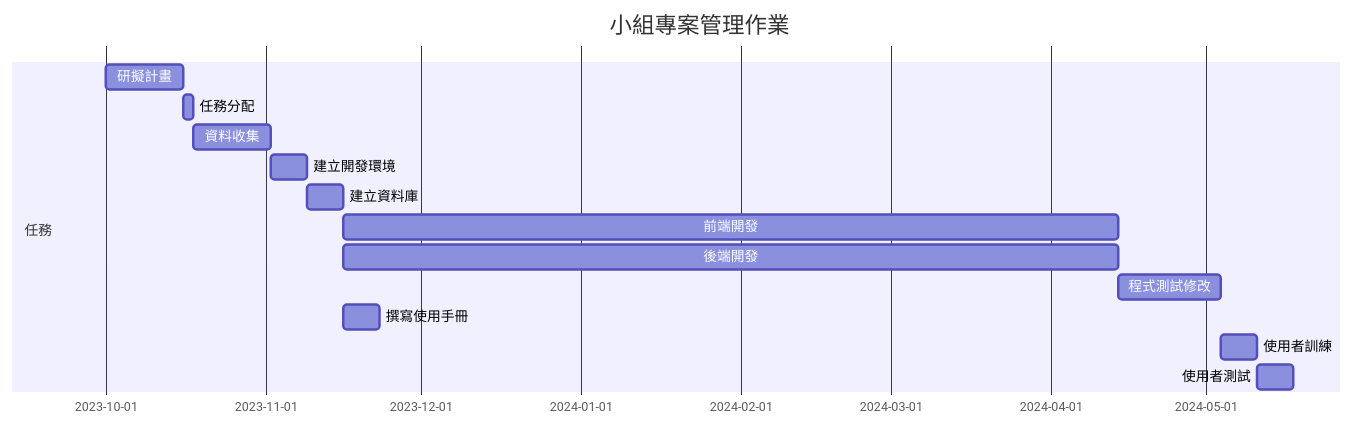
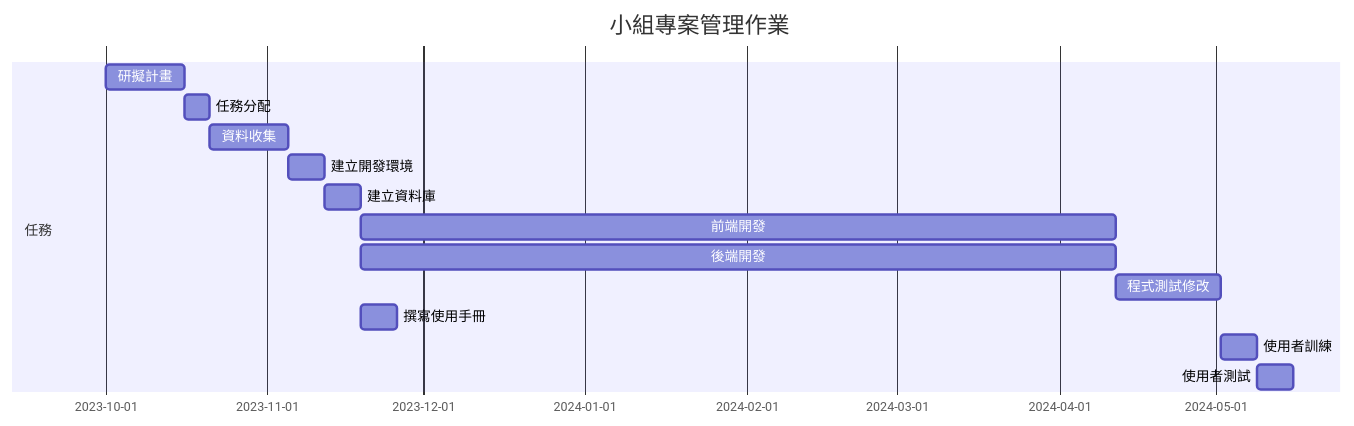
One commit to Xuan730/T5 changed the diagram in group-hw2.md. Above: the diagram before and after it, drawn with Mermaid.

````diff
--- a/group-hw2.md
+++ b/group-hw2.md
@@ -7,17 +7,17 @@
 ```mermaid
 gantt
     title 小組專案管理作業
 
     section 任務
     研擬計畫 :a1, 2023-10-01, 15d
-    任務分配 :a2, after a1, 2d
+    任務分配 :a2, after a1, 5d
     資料收集 :a3, after a2 , 15d
     建立開發環境 :a4, after a3, 7d
     建立資料庫 :a5, after a4, 7d
-    前端開發:a6,after a5, 150d
-    後端開發:a7, after a5, 150d
+    前端開發:a6,after a5, 145d
+    後端開發:a7, after a5, 145d
     程式測試修改 :a8, after a6、a7, 20d
     撰寫使用手冊 :a9, after a5, 7d
     使用者訓練 :a10, after a8, 7d
     使用者測試 : a11, after a10, 7d
 ```
````
